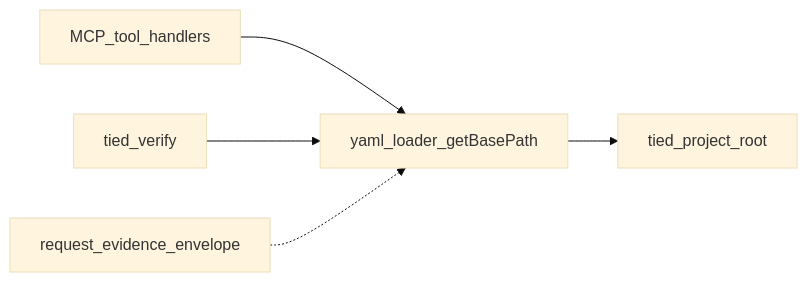
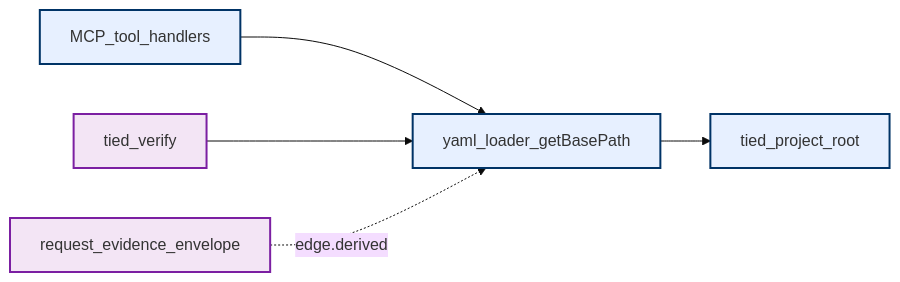
Before and after one commit to fareedst/tied: the fifth of 14 diagrams in docs/stdd-workflows.md, drawn with Mermaid (base theme). The commit also changed other lines of this file and 18 other files, not shown here.

First line of the commit message:
Add STDD vocab visual encoding registry and term color index.

````diff
--- a/docs/stdd-workflows.md
+++ b/docs/stdd-workflows.md
@@ -131,10 +147,13 @@
 ```mermaid
 flowchart LR
-  tools[MCP_tool_handlers]
-  loader[yaml_loader_getBasePath]
-  tpRoot[tied_project_root]
+  %% palette: docs/visual-encoding-standards.md
+  classDef domTiedCorpus fill:#e7f0ff,stroke:#003366,stroke-width:2px
+  classDef domEvidenceAssurance fill:#f3e5f5,stroke:#7b1fa2,stroke-width:2px
+  tools[MCP_tool_handlers]:::domTiedCorpus
+  loader[yaml_loader_getBasePath]:::domTiedCorpus
+  tpRoot[tied_project_root]:::domTiedCorpus
   tools --> loader
   loader --> tpRoot
-  verify[tied_verify] --> loader
-  envelope[request_evidence_envelope] -.-> loader
+  verify[tied_verify]:::domEvidenceAssurance --> loader
+  envelope[request_evidence_envelope]:::domEvidenceAssurance -.->|edge.derived| loader
 ```
````
